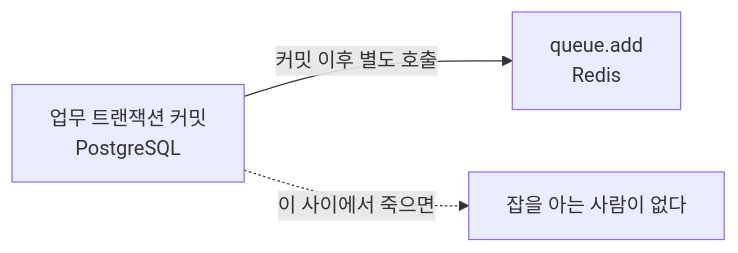
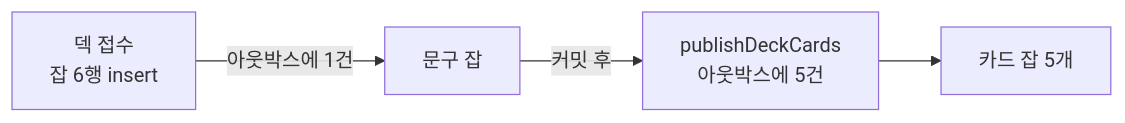
The seventh of 10 diagrams in src/content/post/blog/transactional-outbox.mdx (dydals3440/YOLOG), drawn with Mermaid before and after one commit. The commit also changed other lines of this file, not shown here.

First line of the commit message:
docs: 트랜잭션 아웃박스 글을 현재 구현에 맞게 다시 쓴다

````diff
--- a/src/content/post/blog/transactional-outbox.mdx
+++ b/src/content/post/blog/transactional-outbox.mdx
@@ -411,5 +563,6 @@
 ```mermaid
 flowchart LR
-    A["업무 트랜잭션 커밋<br/>PostgreSQL"] -->|"커밋 이후 별도 호출"| B["queue.add<br/>Redis"]
-    A -.->|"이 사이에서 죽으면"| C["잡을 아는 사람이 없다"]
+    A["덱 접수<br/>잡 6행 insert"] -->|"아웃박스에 1건"| B["문구 잡"]
+    B -->|"커밋 후"| C["publishDeckCards<br/>아웃박스에 5건"]
+    C --> D["카드 잡 5개"]
 ```
````
